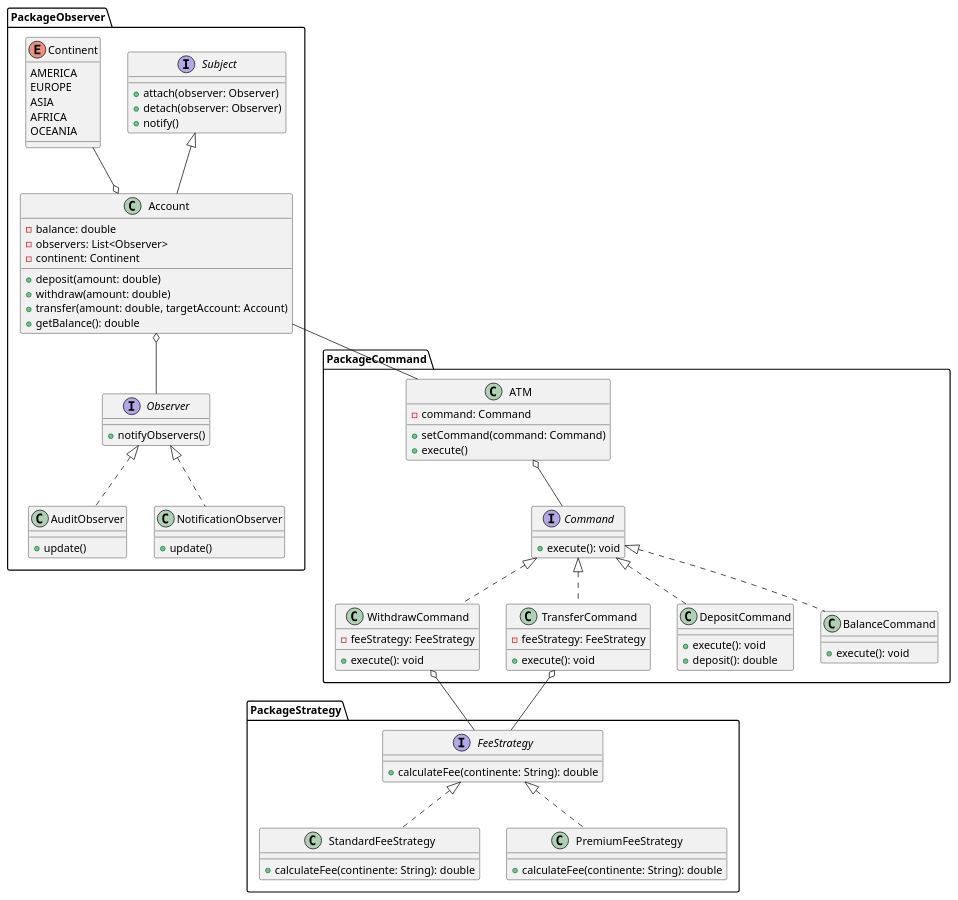
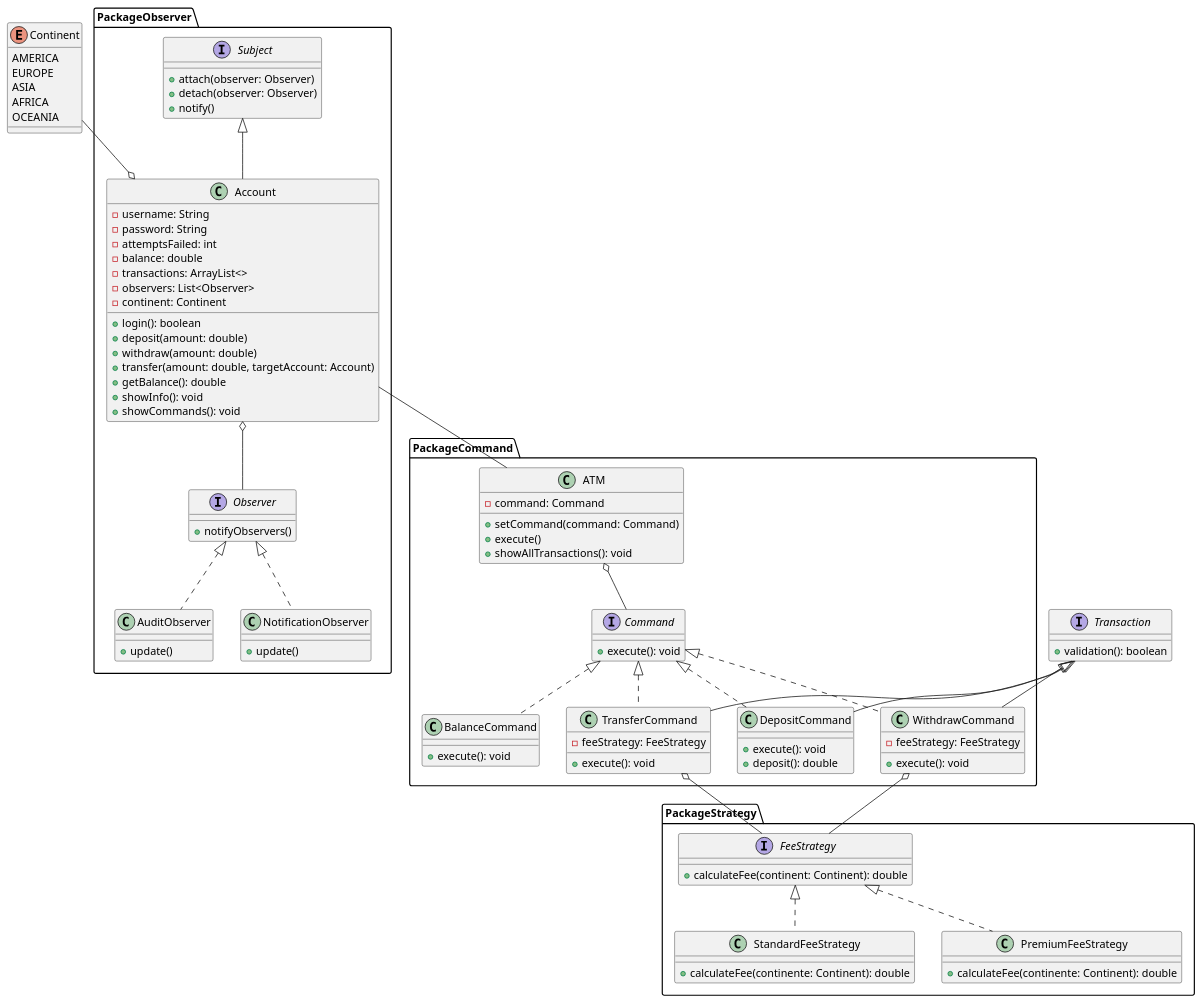
One commit to andresguti17/CajeroAutomatico changed the diagram in Diagramas/Clases/ATM.wsd. Above: the diagram before and after it, drawn with PlantUML.

Commit message:
modificación diagrama

```diff
--- a/Diagramas/Clases/ATM.wsd
+++ b/Diagramas/Clases/ATM.wsd
@@ -1,116 +1,131 @@
 @startuml
 
 package PackageCommand {
     class ATM {
         - command: Command
 
         + setCommand(command: Command)
         + execute()
+        + showAllTransactions(): void
     }
 
     interface   Command {
         + execute(): void
     }
 
     class    WithdrawCommand {
         - feeStrategy: FeeStrategy
 
         + execute(): void
     }
 
     class    TransferCommand {
         - feeStrategy: FeeStrategy
 
         + execute(): void
     }
 
     class    DepositCommand {
         + execute(): void
-        + deposit(): double 
+        + deposit(): double
     }
 
     class    BalanceCommand {
         + execute(): void
     }
 
     Command <|.. WithdrawCommand
     Command <|.. DepositCommand
     Command <|.. TransferCommand
     Command <|.. BalanceCommand
 
 }
 
 package PackageStrategy {
 
     interface   FeeStrategy {
-        + calculateFee(continente: String): double
+        + calculateFee(continent: Continent): double
     }
 
     class    StandardFeeStrategy {
-        + calculateFee(continente: String): double
+        + calculateFee(continente: Continent): double
     }
 
     class    PremiumFeeStrategy {
-        + calculateFee(continente: String): double
+        + calculateFee(continente: Continent): double
     }
 
     FeeStrategy <|.. StandardFeeStrategy
     FeeStrategy <|.. PremiumFeeStrategy
 }
 
 package PackageObserver {
 
     interface  Subject {
         + attach(observer: Observer)
         + detach(observer: Observer)
         + notify()
     }
 
-    enum Continent {
-        AMERICA
-        EUROPE
-        ASIA
-        AFRICA
-        OCEANIA
-    }
-
     class Account {
+        - username: String
+        - password: String
+        - attemptsFailed: int
         - balance: double
+        - transactions: ArrayList<>
         - observers: List<Observer>
         - continent: Continent
 
+        + login(): boolean
         + deposit(amount: double)
         + withdraw(amount: double)
         + transfer(amount: double, targetAccount: Account)
         + getBalance(): double
+        + showInfo(): void
+        + showCommands(): void
     }
 
     interface    Observer {
         + notifyObservers()
     }
 
     class    AuditObserver {
         + update()
     }
 
     class    NotificationObserver {
         + update()
     }
 
-    Continent --o Account
-
     Observer <|.. AuditObserver
     Observer <|.. NotificationObserver
 }
 
+enum Continent {
+    AMERICA
+    EUROPE
+    ASIA
+    AFRICA
+    OCEANIA
+}
+
+interface Transaction {
+    + validation(): boolean
+}
+
+Continent --o Account
+Transaction <|-- WithdrawCommand
+Transaction <|-- DepositCommand
+Transaction <|-- TransferCommand
+
 ATM o-- Command
 
-WithdrawCommand o-- FeeStrategy 
+WithdrawCommand o-- FeeStrategy
 TransferCommand o-- FeeStrategy
 
 Account o-- Observer
 Subject <|-- Account
 
 Account -- ATM
 
 @enduml
```
